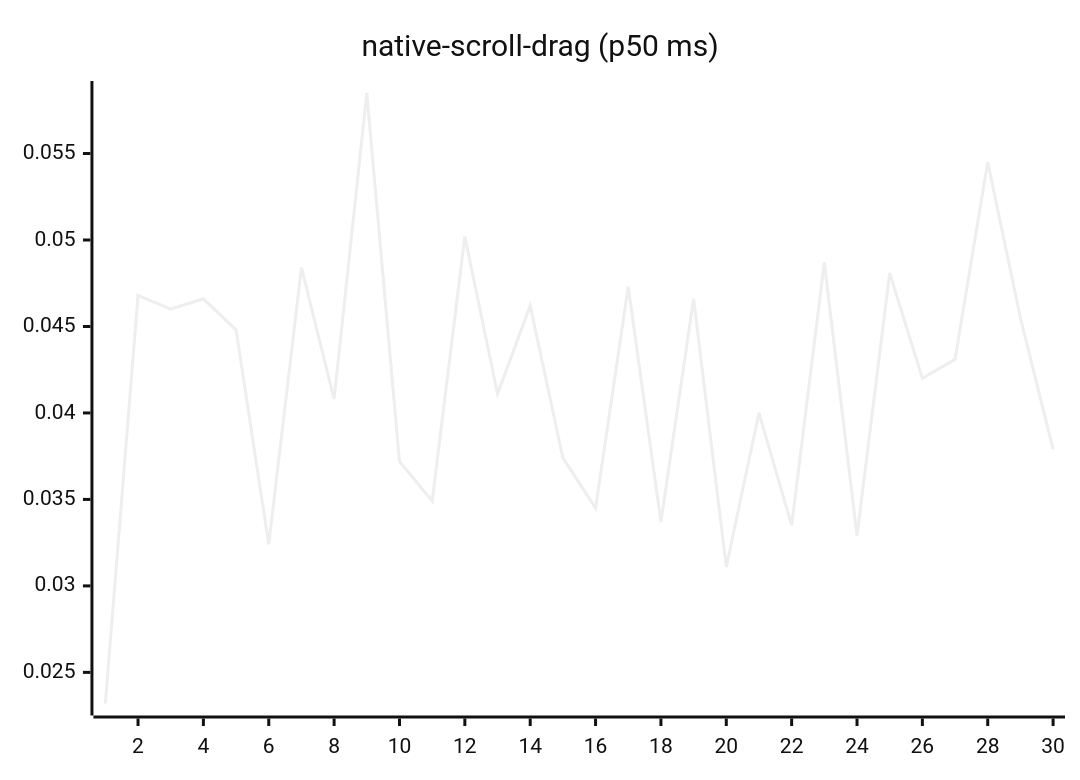
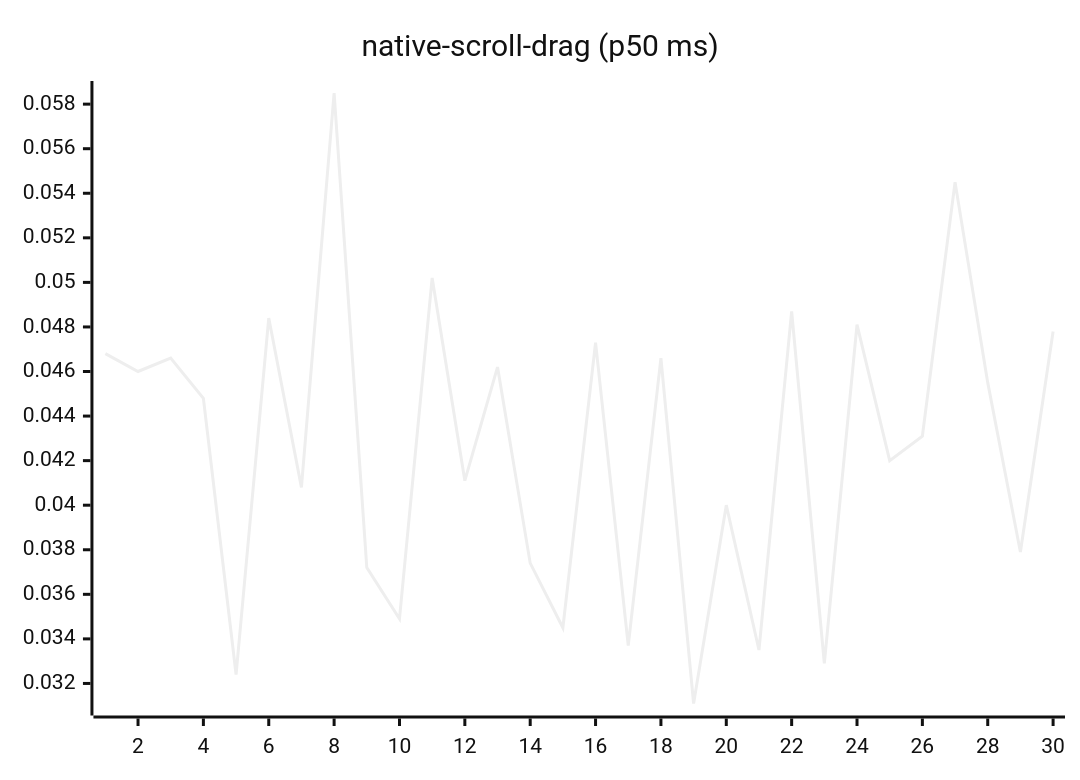
One commit to josha/Facet changed diagram 14 of 27 in README.md. Above: the diagram before and after it, drawn with Mermaid (neutral theme). The commit also changed other lines of this file and 2 other files, not shown here.

````diff
--- a/README.md
+++ b/README.md
@@ -154,6 +154,6 @@
 ```mermaid
 xychart-beta
     title "native-scroll-drag (p50 ms)"
     x-axis 1 --> 30
-    line [0.0232, 0.0468, 0.0460, 0.0466, 0.0448, 0.0324, 0.0484, 0.0408, 0.0585, 0.0372, 0.0349, 0.0502, 0.0411, 0.0462, 0.0374, 0.0345, 0.0473, 0.0337, 0.0466, 0.0311, 0.0400, 0.0335, 0.0487, 0.0329, 0.0481, 0.0420, 0.0431, 0.0545, 0.0455, 0.0379]
+    line [0.0468, 0.0460, 0.0466, 0.0448, 0.0324, 0.0484, 0.0408, 0.0585, 0.0372, 0.0349, 0.0502, 0.0411, 0.0462, 0.0374, 0.0345, 0.0473, 0.0337, 0.0466, 0.0311, 0.0400, 0.0335, 0.0487, 0.0329, 0.0481, 0.0420, 0.0431, 0.0545, 0.0455, 0.0379, 0.0478]
 ```
````
